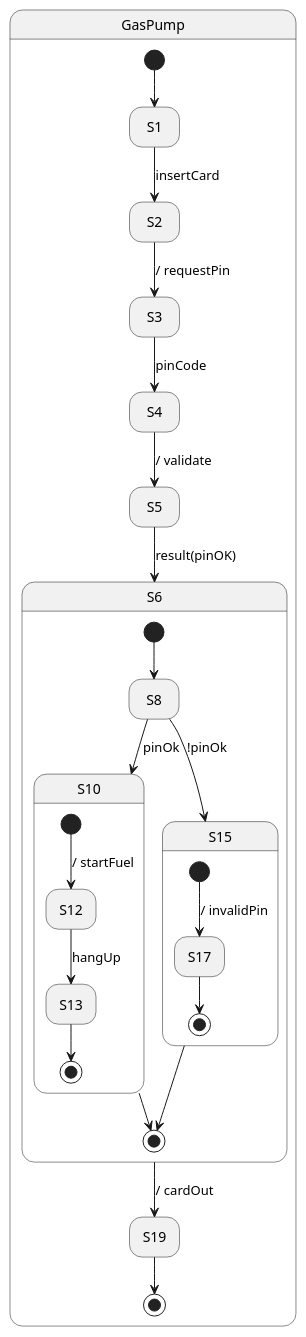
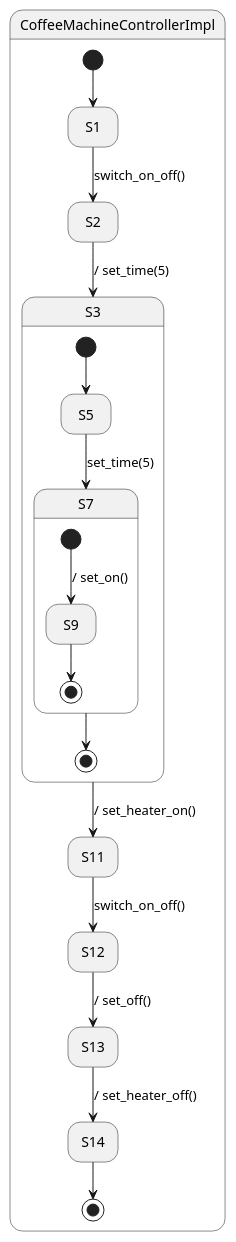
Before and after one commit to lkdev97/swtp_impl: the diagram in swtp2/test.plantuml, drawn with PlantUML. The commit also changed 6 other files, not shown here.

```diff
--- a/swtp2/test.plantuml
+++ b/swtp2/test.plantuml
@@ -1,29 +1,22 @@
 @startuml
 hide empty description
-state GasPump {
+state CoffeeMachineControllerImpl {
 [*] --> S1
-S1 --> S2: insertCard
-S2 --> S3: / requestPin
-S3 --> S4: pinCode
-S4 --> S5: / validate
-S5 --> S6: result(pinOK)
-state S6 {
-[*] --> S8
-S8 --> S10: pinOk
-state S10 {
-[*] --> S12: / startFuel
-S12 --> S13: hangUp
-S13 --> [*]
+S1 --> S2: switch_on_off()
+S2 --> S3: / set_time(5)
+state S3 {
+[*] --> S5
+S5 --> S7: set_time(5)
+state S7 {
+[*] --> S9: / set_on()
+S9 --> [*]
 }
-S10 --> [*]
-S8 --> S15: !pinOk
-state S15 {
-[*] --> S17: / invalidPin
-S17 --> [*]
+S7 --> [*]
 }
-S15 --> [*]
-}
-S6 --> S19: / cardOut
-S19 --> [*]
+S3 --> S11: / set_heater_on()
+S11 --> S12: switch_on_off()
+S12 --> S13: / set_off()
+S13 --> S14: / set_heater_off()
+S14 --> [*]
 }
 @enduml
```
